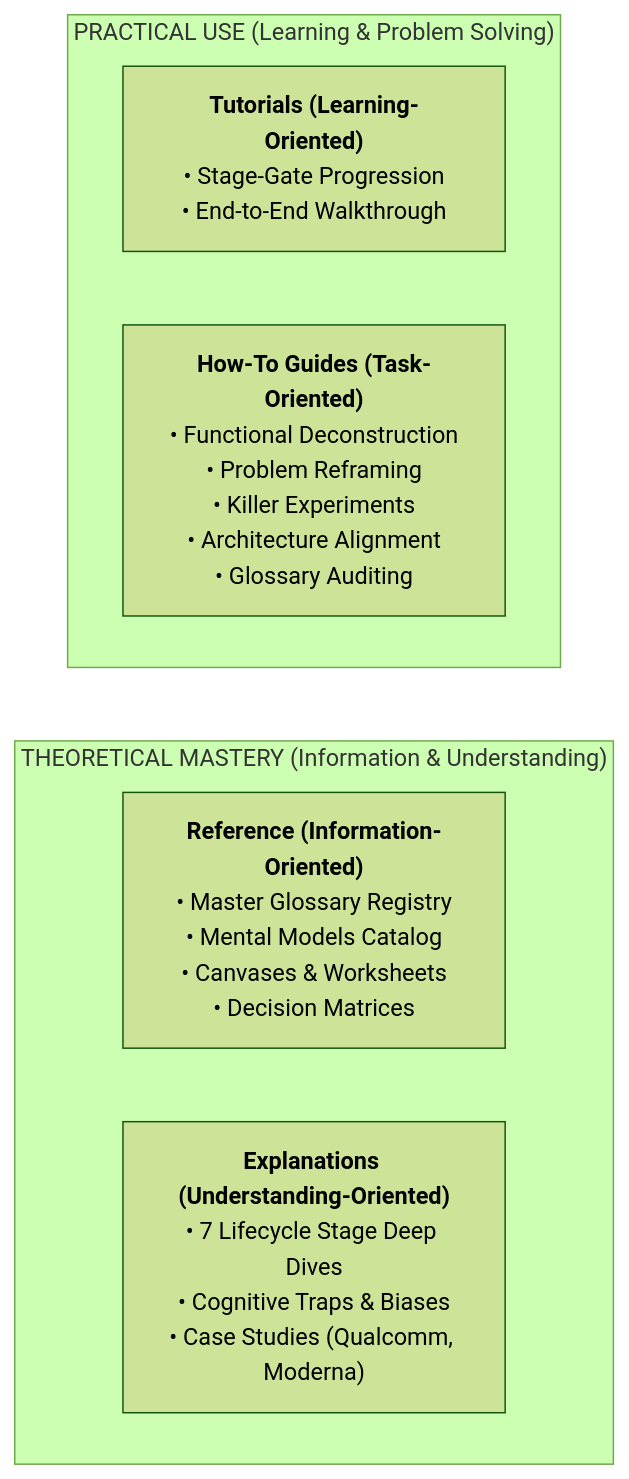
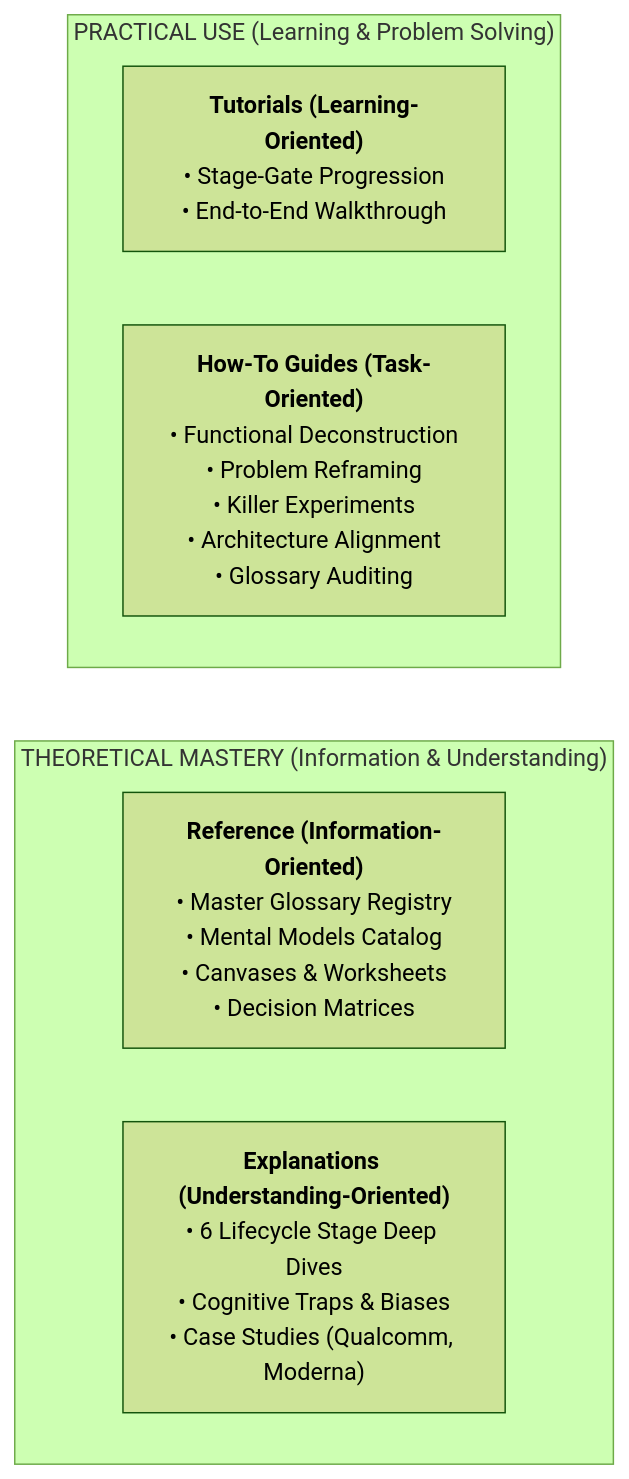
One commit to nghuyenthevinh2000/innovation-research changed the first of 2 diagrams in README.md. Above: the diagram before and after it, drawn with Mermaid (forest theme). The commit also changed other lines of this file and 26 other files, not shown here.

Commit message:
feat(stages): merge Stage 2 and 3 into Technology-Market Fit 6-stage lifecycle

````diff
--- a/README.md
+++ b/README.md
@@ -24,16 +24,16 @@
 ```mermaid
 flowchart TD
     subgraph Learning["PRACTICAL USE (Learning & Problem Solving)"]
         direction LR
         Tut["<b>Tutorials (Learning-Oriented)</b><br/>• Stage-Gate Progression<br/>• End-to-End Walkthrough"]
         How["<b>How-To Guides (Task-Oriented)</b><br/>• Functional Deconstruction<br/>• Problem Reframing<br/>• Killer Experiments<br/>• Architecture Alignment<br/>• Glossary Auditing"]
     end
 
     subgraph Theoretical["THEORETICAL MASTERY (Information & Understanding)"]
         direction LR
         Ref["<b>Reference (Information-Oriented)</b><br/>• Master Glossary Registry<br/>• Mental Models Catalog<br/>• Canvases & Worksheets<br/>• Decision Matrices"]
-        Exp["<b>Explanations (Understanding-Oriented)</b><br/>• 7 Lifecycle Stage Deep Dives<br/>• Cognitive Traps & Biases<br/>• Case Studies (Qualcomm, Moderna)"]
+        Exp["<b>Explanations (Understanding-Oriented)</b><br/>• 6 Lifecycle Stage Deep Dives<br/>• Cognitive Traps & Biases<br/>• Case Studies (Qualcomm, Moderna)"]
     end
 
     Learning ~~~ Theoretical
 ```
````
